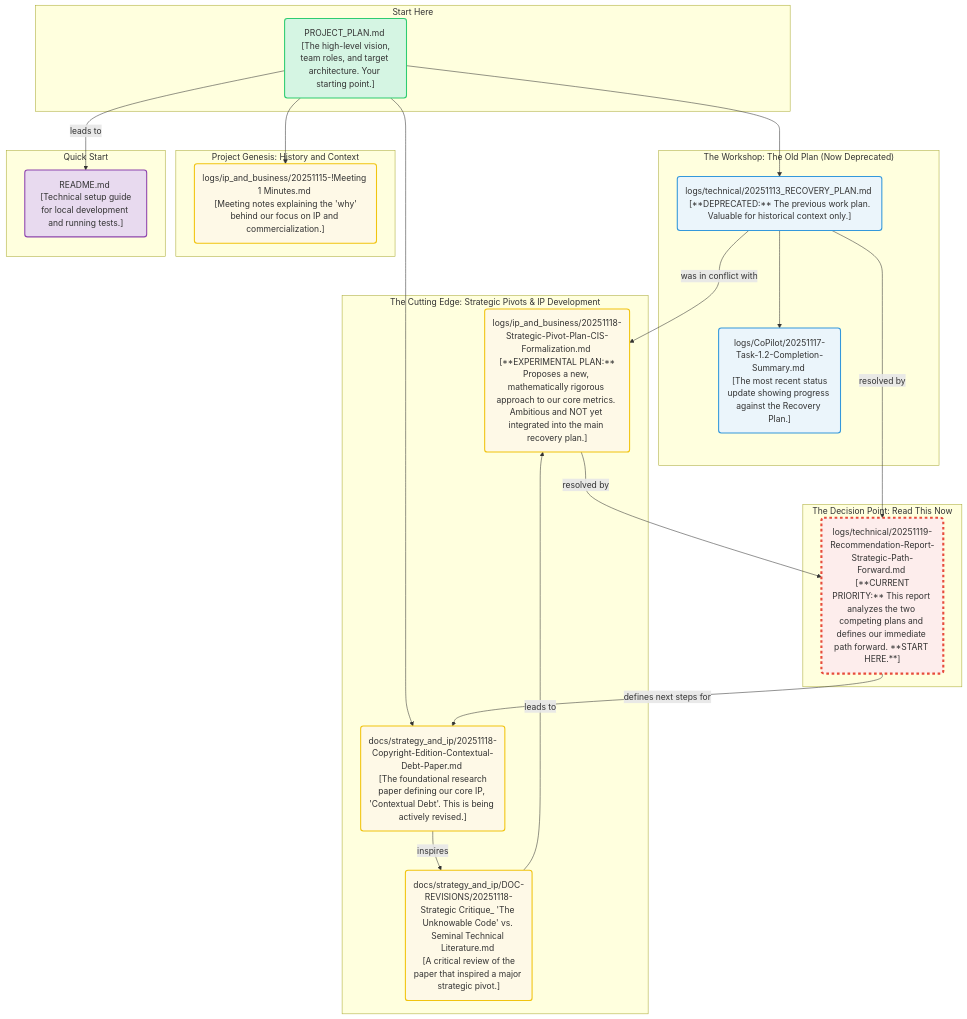
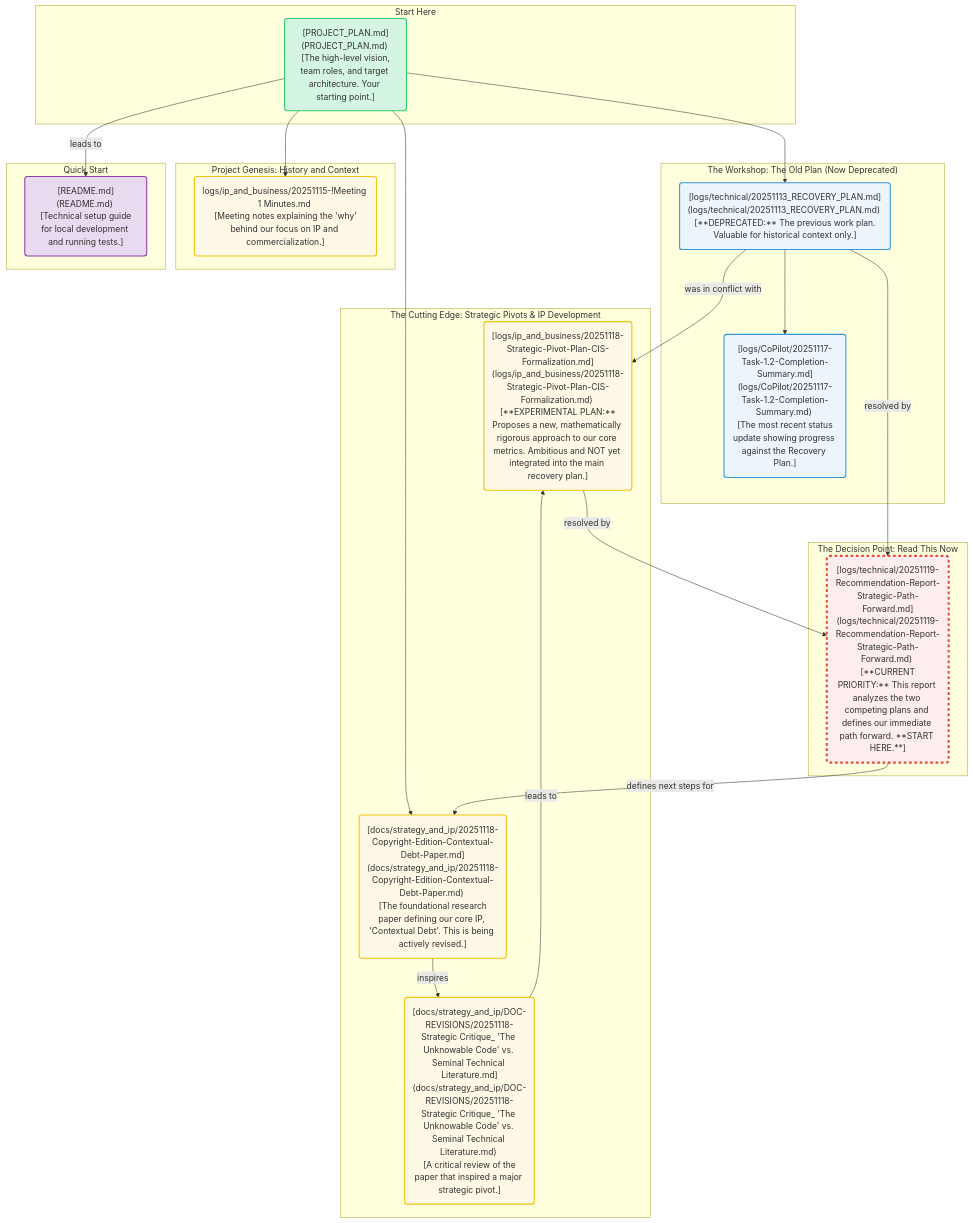
The diagram in logs/20251119-Strategic-Master-Log.md (joshhickson/LogoMesh), drawn with Mermaid before and after one commit. The commit also changed other lines of this file and 39 other files, not shown here.

````diff
--- a/logs/20251119-Strategic-Master-Log.md
+++ b/logs/20251119-Strategic-Master-Log.md
@@ -90,58 +90,58 @@
 ```mermaid
 graph TD
     subgraph "Start Here"
-        A("PROJECT_PLAN.md <br> [The high-level vision, team roles, and target architecture. Your starting point.]")
+        A("[PROJECT_PLAN.md](PROJECT_PLAN.md) <br> [The high-level vision, team roles, and target architecture. Your starting point.]")
     end
 
     subgraph "The Workshop: The Old Plan (Now Deprecated)"
-        B("logs/technical/20251113_RECOVERY_PLAN.md <br> [**DEPRECATED:** The previous work plan. Valuable for historical context only.]")
-        C("logs/CoPilot/20251117-Task-1.2-Completion-Summary.md <br> [The most recent status update showing progress against the Recovery Plan.]")
+        B("[logs/technical/20251113_RECOVERY_PLAN.md](logs/technical/20251113_RECOVERY_PLAN.md) <br> [**DEPRECATED:** The previous work plan. Valuable for historical context only.]")
+        C("[logs/CoPilot/20251117-Task-1.2-Completion-Summary.md](logs/CoPilot/20251117-Task-1.2-Completion-Summary.md) <br> [The most recent status update showing progress against the Recovery Plan.]")
     end
 
     subgraph "The Decision Point: Read This Now"
-        I("logs/technical/20251119-Recommendation-Report-Strategic-Path-Forward.md <br> [**CURRENT PRIORITY:** This report analyzes the two competing plans and defines our immediate path forward. **START HERE.**]")
+        I("[logs/technical/20251119-Recommendation-Report-Strategic-Path-Forward.md](logs/technical/20251119-Recommendation-Report-Strategic-Path-Forward.md) <br> [**CURRENT PRIORITY:** This report analyzes the two competing plans and defines our immediate path forward. **START HERE.**]")
     end
 
     subgraph "The Cutting Edge: Strategic Pivots & IP Development"
-        D("docs/strategy_and_ip/20251118-Copyright-Edition-Contextual-Debt-Paper.md <br> [The foundational research paper defining our core IP, 'Contextual Debt'. This is being actively revised.]")
-        E("docs/strategy_and_ip/DOC-REVISIONS/20251118-Strategic Critique_ 'The Unknowable Code' vs. Seminal Technical Literature.md <br> [A critical review of the paper that inspired a major strategic pivot.]")
-        F("logs/ip_and_business/20251118-Strategic-Pivot-Plan-CIS-Formalization.md <br> [**EXPERIMENTAL PLAN:** Proposes a new, mathematically rigorous approach to our core metrics. Ambitious and NOT yet integrated into the main recovery plan.]")
+        D("[docs/strategy_and_ip/20251118-Copyright-Edition-Contextual-Debt-Paper.md](docs/strategy_and_ip/20251118-Copyright-Edition-Contextual-Debt-Paper.md) <br> [The foundational research paper defining our core IP, 'Contextual Debt'. This is being actively revised.]")
+        E("[docs/strategy_and_ip/DOC-REVISIONS/20251118-Strategic Critique_ 'The Unknowable Code' vs. Seminal Technical Literature.md](docs/strategy_and_ip/DOC-REVISIONS/20251118-Strategic Critique_ 'The Unknowable Code' vs. Seminal Technical Literature.md) <br> [A critical review of the paper that inspired a major strategic pivot.]")
+        F("[logs/ip_and_business/20251118-Strategic-Pivot-Plan-CIS-Formalization.md](logs/ip_and_business/20251118-Strategic-Pivot-Plan-CIS-Formalization.md) <br> [**EXPERIMENTAL PLAN:** Proposes a new, mathematically rigorous approach to our core metrics. Ambitious and NOT yet integrated into the main recovery plan.]")
     end
 
     subgraph "Project Genesis: History and Context"
         G("logs/ip_and_business/20251115-!Meeting 1 Minutes.md <br> [Meeting notes explaining the 'why' behind our focus on IP and commercialization.]")
     end
 
     subgraph "Quick Start"
-        H("README.md <br> [Technical setup guide for local development and running tests.]")
+        H("[README.md](README.md) <br> [Technical setup guide for local development and running tests.]")
     end
 
     %% Define the connections
     A --> B;
     A --> D;
     A --> G;
     A -- leads to --> H;
     B --> C;
     D -- inspires --> E;
     E -- leads to --> F;
     B -- was in conflict with --> F;
     F -- resolved by --> I;
     B -- resolved by --> I;
     I -- defines next steps for --> D;
 
     %% Styling
     classDef start fill:#D5F5E3,stroke:#2ECC71,stroke-width:2px;
     classDef workshop fill:#EBF5FB,stroke:#3498DB,stroke-width:2px;
     classDef cuttingEdge fill:#FEF9E7,stroke:#F1C40F,stroke-width:2px;
     classDef genesis fill:#FEF9E7,stroke:#F1C40F,stroke-width:2px;
     classDef quickstart fill:#E8DAEF,stroke:#8E44AD,stroke-width:2px;
     classDef decision fill:#FDEDEC,stroke:#E74C3C,stroke-width:4px,stroke-dasharray: 5 5;
 
 
     class A start;
     class B,C workshop;
     class I decision;
     class D,E,F cuttingEdge;
     class G genesis;
     class H quickstart;
 ```
````
